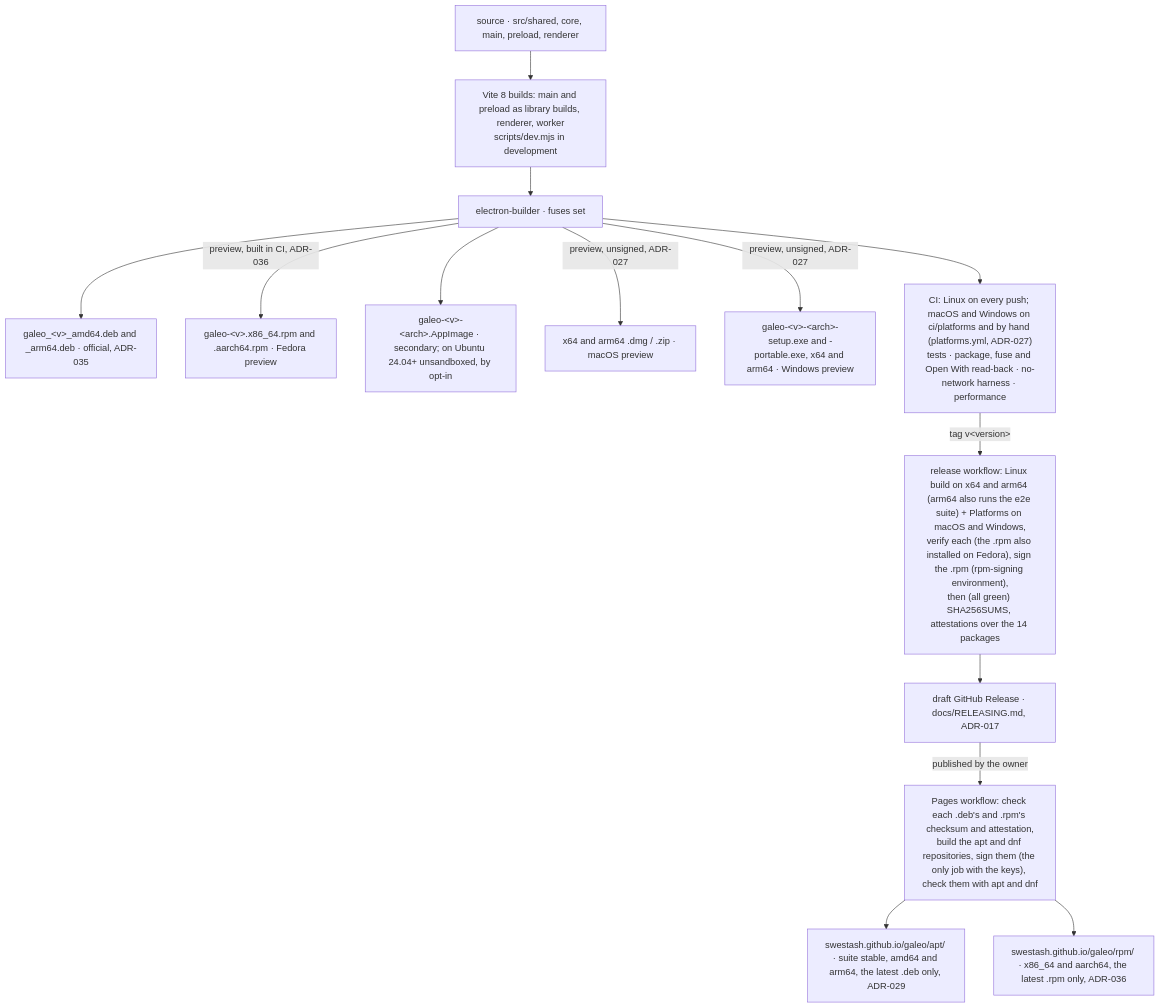
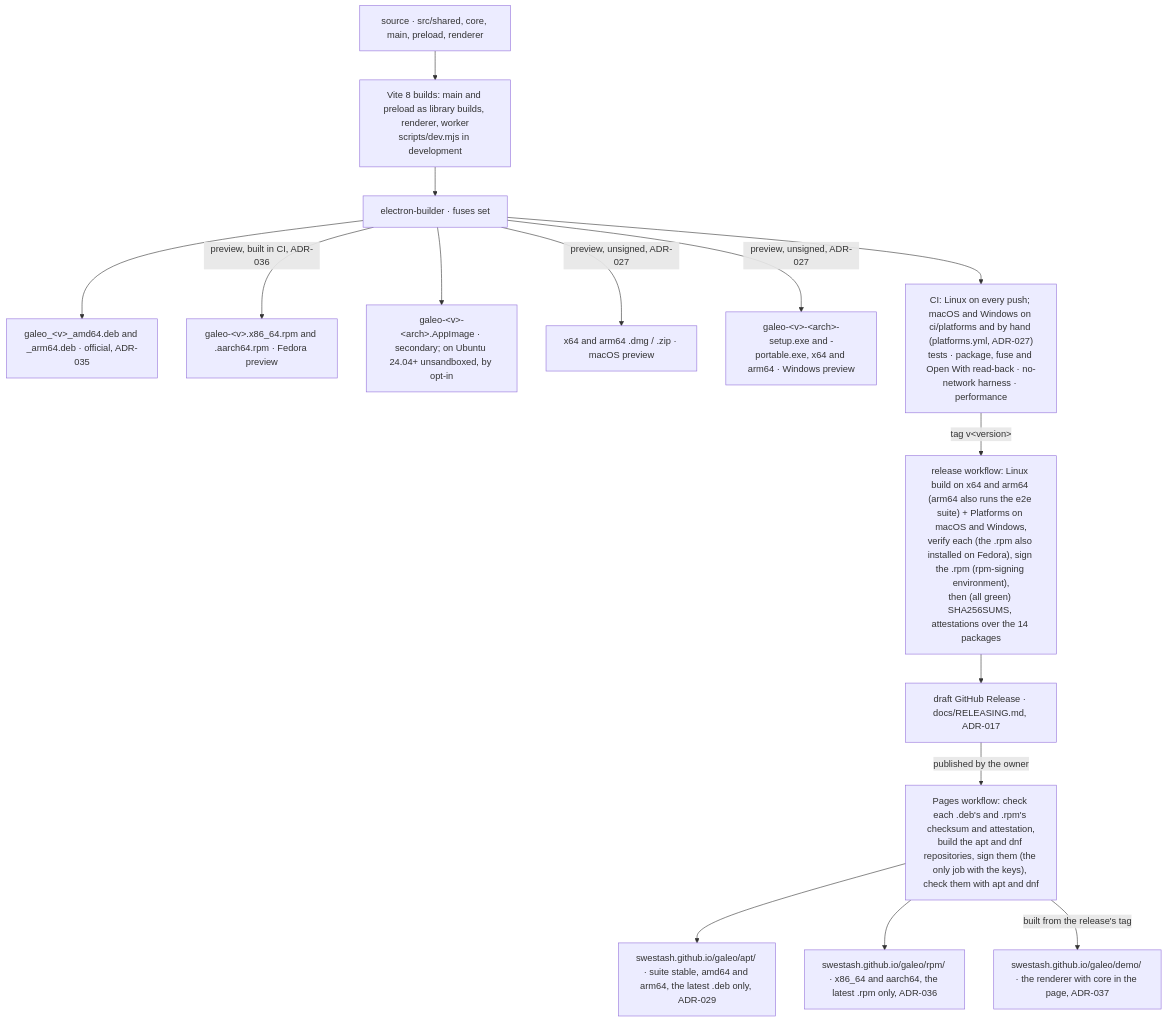
The eighth of 8 diagrams in docs/ARCHITECTURE.md (SWEStash/galeo), drawn with Mermaid before and after one commit. The commit also changed other lines of this file and 4 other files, not shown here.

````diff
--- a/docs/ARCHITECTURE.md
+++ b/docs/ARCHITECTURE.md
@@ -479,16 +480,17 @@
 ```mermaid
 flowchart TD
   src[source · src/shared, core, main, preload, renderer] --> vite[Vite 8 builds: main and preload as library builds, renderer, worker<br/>scripts/dev.mjs in development]
   vite --> eb[electron-builder · fuses set]
   eb --> deb[galeo_#lt;v#gt;_amd64.deb and _arm64.deb · official, ADR-035]
   eb -- "preview, built in CI, ADR-036" --> rpm[galeo-#lt;v#gt;.x86_64.rpm and .aarch64.rpm · Fedora preview]
   eb --> appimage[galeo-#lt;v#gt;-#lt;arch#gt;.AppImage · secondary; on Ubuntu 24.04+ unsandboxed, by opt-in]
   eb -- "preview, unsigned, ADR-027" --> mac[x64 and arm64 .dmg / .zip · macOS preview]
   eb -- "preview, unsigned, ADR-027" --> win[galeo-#lt;v#gt;-#lt;arch#gt;-setup.exe and -portable.exe, x64 and arm64 · Windows preview]
   eb --> ci["CI: Linux on every push; macOS and Windows on ci/platforms and by hand (platforms.yml, ADR-027)<br/>tests · package, fuse and Open With read-back · no-network harness · performance"]
   ci -- "tag v#lt;version#gt;" --> release["release workflow: Linux build on x64 and arm64 (arm64 also runs the e2e suite) + Platforms on macOS and Windows,<br/>verify each (the .rpm also installed on Fedora), sign the .rpm (rpm-signing environment),<br/>then (all green) SHA256SUMS, attestations over the 14 packages"]
   release --> draft[draft GitHub Release · docs/RELEASING.md, ADR-017]
   draft -- "published by the owner" --> pages["Pages workflow: check each .deb's and .rpm's checksum and attestation,<br/>build the apt and dnf repositories, sign them (the only job with the keys), check them with apt and dnf"]
   pages --> apt[swestash.github.io/galeo/apt/ · suite stable, amd64 and arm64, the latest .deb only, ADR-029]
   pages --> dnf[swestash.github.io/galeo/rpm/ · x86_64 and aarch64, the latest .rpm only, ADR-036]
+  pages -- "built from the release's tag" --> demo[swestash.github.io/galeo/demo/ · the renderer with core in the page, ADR-037]
 ```
````
